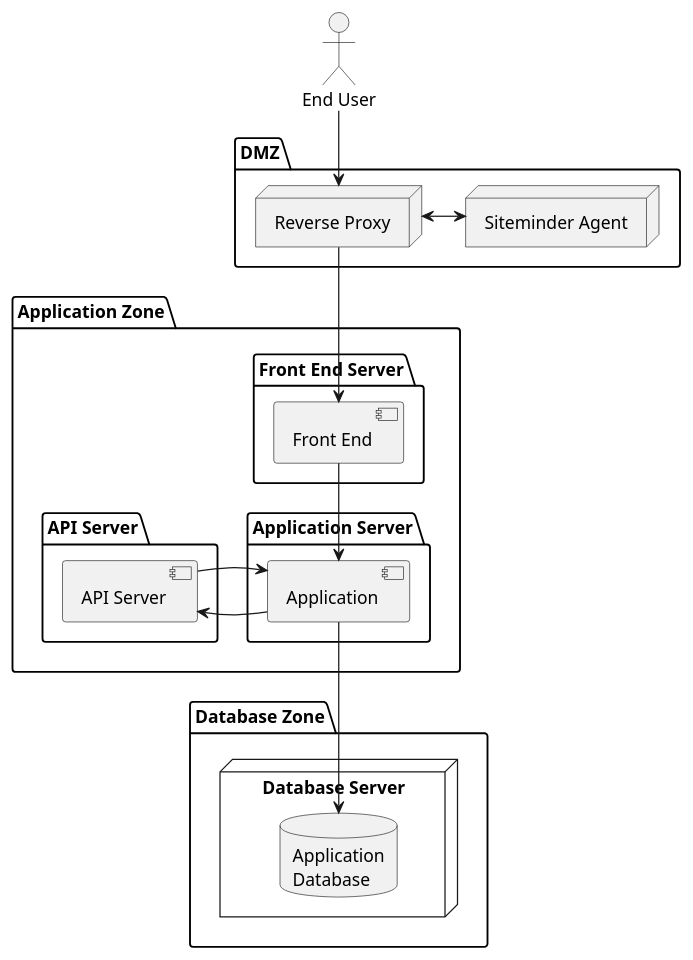
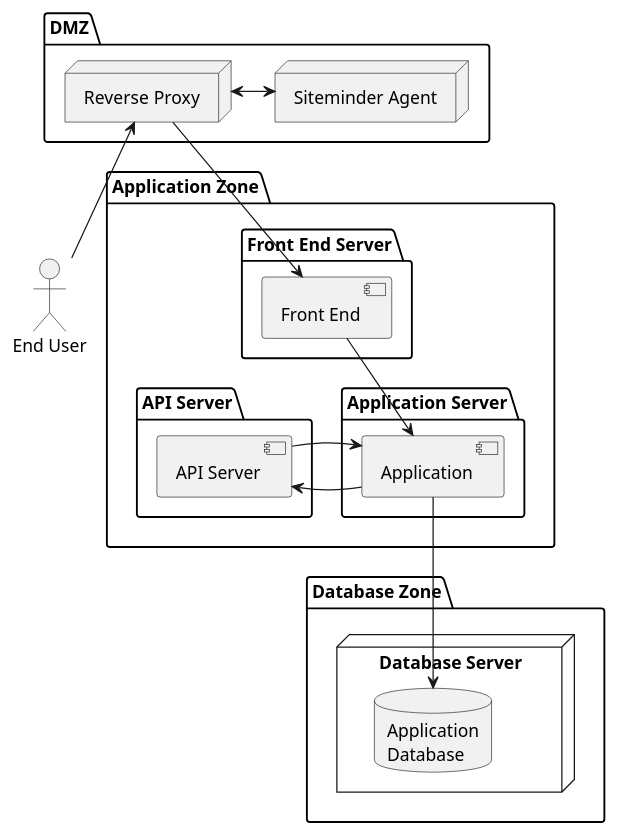
One commit to swcurran/DevOpsFor changed the diagram in presentation/diagrams/netarchitecture.plantuml. Above: the diagram before and after it, drawn with PlantUML. The commit also changed 68 other files, not shown here.

```diff
--- a/presentation/diagrams/netarchitecture.plantuml
+++ b/presentation/diagrams/netarchitecture.plantuml
@@ -1,37 +1,37 @@
 @startuml
 
 actor "End User" as user
 
 package "DMZ" {
 	node "Reverse Proxy" as rp
 	node "Siteminder Agent" as sm
 }
 
-user -down-> rp
+user -up-> rp
 rp <-right-> sm
 
 package "Application Zone" {
   package "Front End Server" as feserver {
     component "Front End" as client
   }
   package "Application Server" as appserver {
     component "Application" as app
   }
   package "API Server" as apiserver {
     component "API Server" as api
   }
 }
 
 package "Database Zone" {
   node "Database Server" as dbserver {
     database "Application\nDatabase" as db
   }
 }
 
 rp --> client
 client --> app
 app -right-> api
 api -left-> app
 app --> db
 
 @enduml
```
